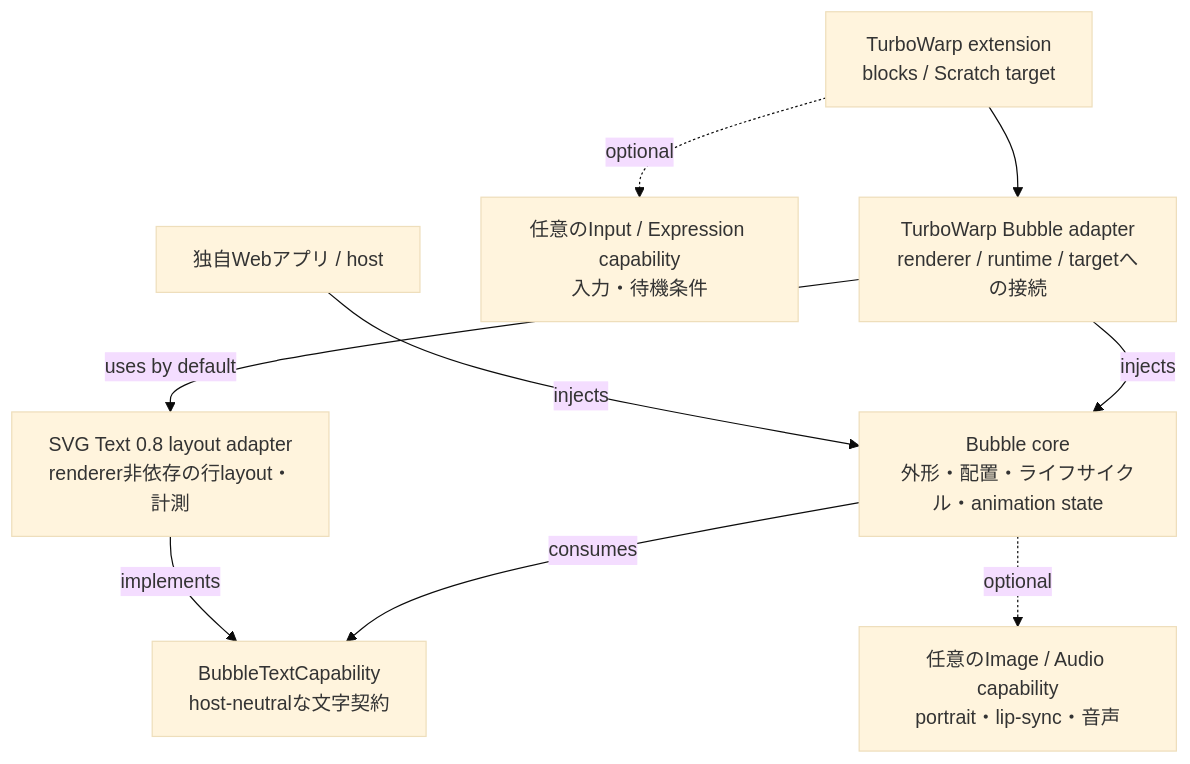
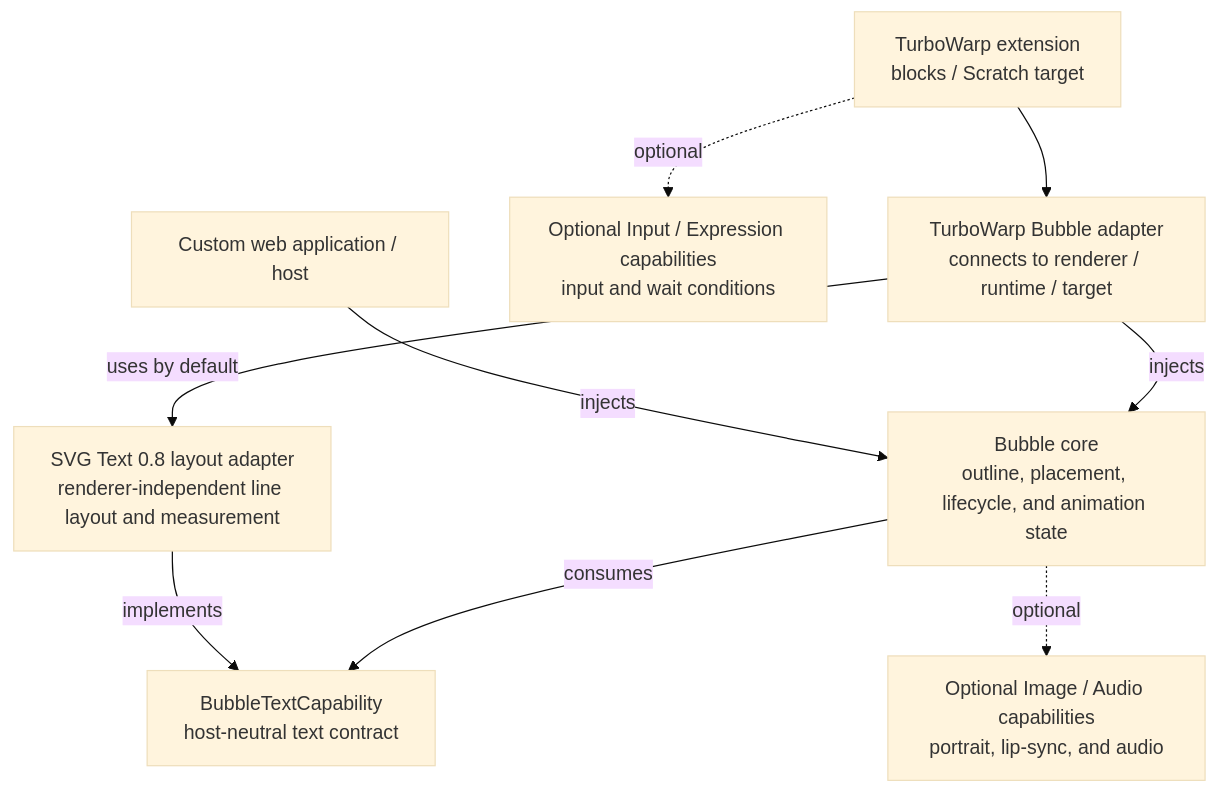
The second of 6 diagrams in README.md (kubohiroya/turbowarp-bubble), drawn with Mermaid (base theme) before and after one commit. The commit also changed other lines of this file and 1 other file, not shown here.

````diff
--- a/README.md
+++ b/README.md
@@ -50,19 +54,19 @@
 ```mermaid
 flowchart TB
-  core["Bubble core\n外形・配置・ライフサイクル・animation state"]
-  contract["BubbleTextCapability\nhost-neutralな文字契約"]
-  twAdapter["TurboWarp Bubble adapter\nrenderer / runtime / targetへの接続"]
-  svgAdapter["SVG Text 0.8 layout adapter\nrenderer非依存の行layout・計測"]
-  assets["任意のImage / Audio capability\nportrait・lip-sync・音声"]
-  input["任意のInput / Expression capability\n入力・待機条件"]
-  host["独自Webアプリ / host"]
+  core["Bubble core\noutline, placement, lifecycle, and animation state"]
+  contract["BubbleTextCapability\nhost-neutral text contract"]
+  twAdapter["TurboWarp Bubble adapter\nconnects to renderer / runtime / target"]
+  svgAdapter["SVG Text 0.8 layout adapter\nrenderer-independent line layout and measurement"]
+  assets["Optional Image / Audio capabilities\nportrait, lip-sync, and audio"]
+  input["Optional Input / Expression capabilities\ninput and wait conditions"]
+  host["Custom web application / host"]
   extension["TurboWarp extension\nblocks / Scratch target"]
   core -->|"consumes"| contract
   svgAdapter -->|"implements"| contract
   twAdapter -->|"injects"| core
   twAdapter -->|"uses by default"| svgAdapter
   host -->|"injects"| core
   core -."optional".-> assets
   extension --> twAdapter
   extension -."optional".-> input
 ```
````
